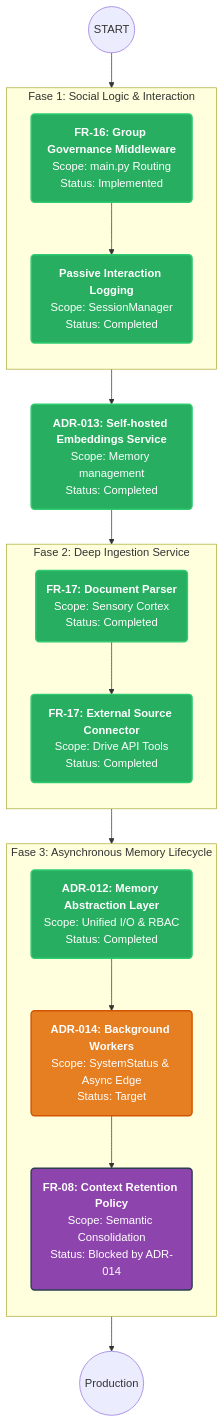
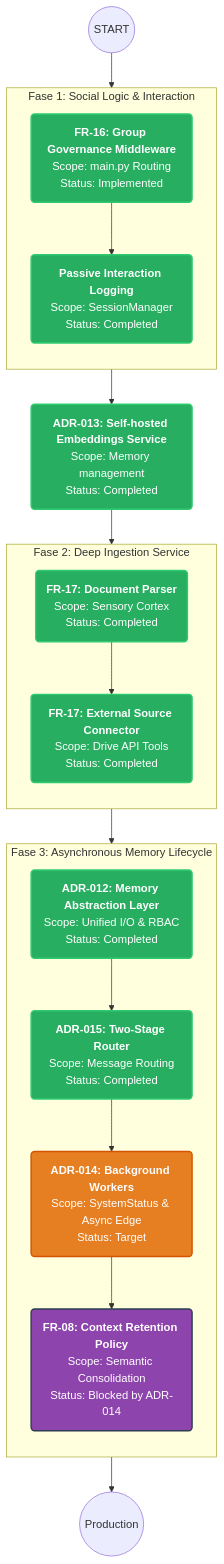
The diagram in readme.md (DavidGCalles/lifeOS), drawn with Mermaid before and after one commit.

Commit message:
Refer #141 Readme update

````diff
--- a/readme.md
+++ b/readme.md
@@ -98,47 +98,50 @@
 ```mermaid
 graph TD
     %% DEFINICIÓN DE CLASES Y ESTILOS
     classDef urgent fill:#e74c3c,stroke:#c0392b,stroke-width:2px,color:#fff;
     classDef high fill:#e67e22,stroke:#d35400,stroke-width:2px,color:#fff;
     classDef complex fill:#8e44ad,stroke:#2c3e50,stroke-width:2px,color:#fff;
     classDef done fill:#27ae60,stroke:#2ecc71,stroke-width:2px,color:#fff;
 
     %% --- FASE 1: PROTOCOLOS DE INTERACCIÓN ---
     subgraph Phase1 [Fase 1: Social Logic & Interaction]
         direction TB
         FR16_Logic("<b>FR-16: Group Governance Middleware</b><br/>Scope: main.py Routing<br/>Status: Implemented"):::done
         FR16_Logs("<b>Passive Interaction Logging</b><br/>Scope: SessionManager<br/>Status: Completed"):::done
     end
 
     %% --- FASE 2: INGESTA DE DOCUMENTOS ---
     subgraph Phase2 [Fase 2: Deep Ingestion Service]
         direction TB
         FR17_Doc("<b>FR-17: Document Parser</b><br/>Scope: Sensory Cortex<br/>Status: Completed"):::done
         FR17_Drive("<b>FR-17: External Source Connector</b><br/>Scope: Drive API Tools<br/>Status: Completed"):::done
     end
 
     ADR13_Embed("<b>ADR-013: Self-hosted Embeddings Service</b><br/>Scope: Memory management<br/>Status: Completed"):::done
 
     %% --- FASE 3: ARQUITECTURA DE MEMORIA ---
     subgraph Phase3 [Fase 3: Asynchronous Memory Lifecycle]
         direction TB
         ADR12_Interface("<b>ADR-012: Memory Abstraction Layer</b><br/>Scope: Unified I/O & RBAC<br/>Status: Completed"):::done
         
+        ADR15_Router("<b>ADR-015: Two-Stage Router</b><br/>Scope: Message Routing<br/>Status: Completed"):::done
+        
         ADR14_Workers("<b>ADR-014: Background Workers</b><br/>Scope: SystemStatus & Async Edge<br/>Status: Target"):::high
         
         FR08_Retention("<b>FR-08: Context Retention Policy</b><br/>Scope: Semantic Consolidation<br/>Status: Blocked by ADR-014"):::complex
     end
 
     %% DEPENDENCIAS Y FLUJO
     Start((START)) --> Phase1
     FR16_Logic --> FR16_Logs
     FR16_Logs --> ADR13_Embed
     ADR13_Embed --> FR17_Doc
     FR17_Doc --> FR17_Drive
     FR17_Drive --> ADR12_Interface
     
     %% NUEVO FLUJO DE LA FASE 3
-    ADR12_Interface --> ADR14_Workers
+    ADR12_Interface --> ADR15_Router
+    ADR15_Router --> ADR14_Workers
     ADR14_Workers --> FR08_Retention
     FR08_Retention --> End((Production))
 ```
````
